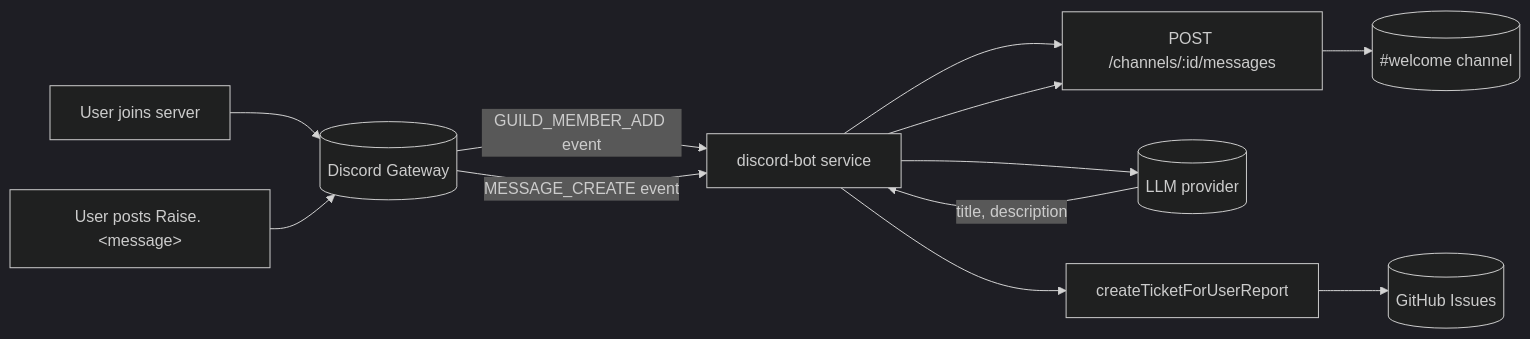
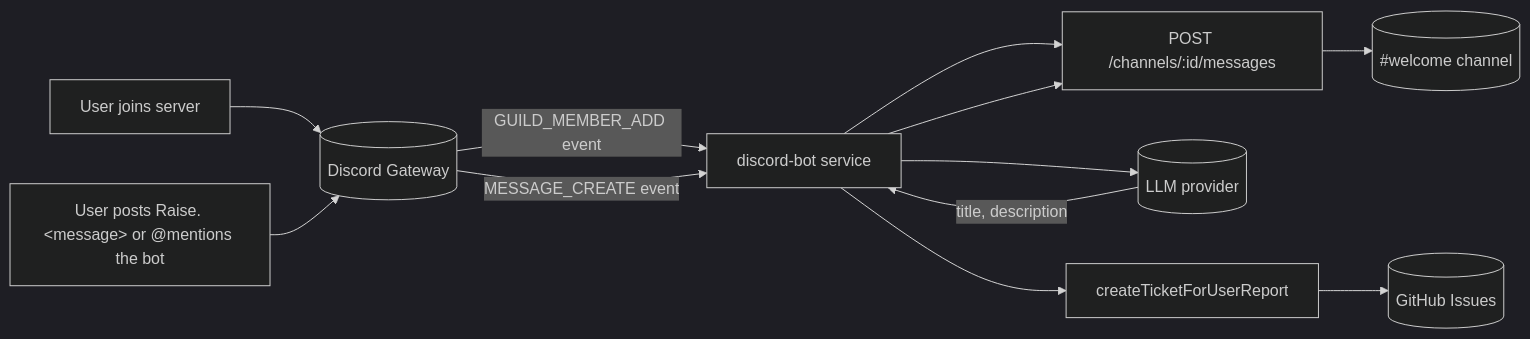
The diagram in docs/site/src/content/docs/platform/observability/discord-welcome-bot.mdx (milesburton/veta-trading-platform), drawn with Mermaid (dark theme) before and after one commit. The commit also changed other lines of this file and 10 other files, not shown here.

````diff
--- a/docs/site/src/content/docs/platform/observability/discord-welcome-bot.mdx
+++ b/docs/site/src/content/docs/platform/observability/discord-welcome-bot.mdx
@@ -12,15 +12,15 @@
 ```mermaid
 flowchart LR
   U[User joins server] --> D[(Discord Gateway)]
   D -->|GUILD_MEMBER_ADD event| B[discord-bot service]
   B --> P[POST /channels/:id/messages]
   P --> C[(#welcome channel)]
 
-  M["User posts Raise. &lt;message&gt;"] --> D
+  M["User posts Raise. &lt;message&gt; or @mentions the bot"] --> D
   D -->|MESSAGE_CREATE event| B
   B --> L[(LLM provider)]
   L -->|title, description| B
   B --> T[createTicketForUserReport]
   T --> G[(GitHub Issues)]
   B --> P
 ```
````
